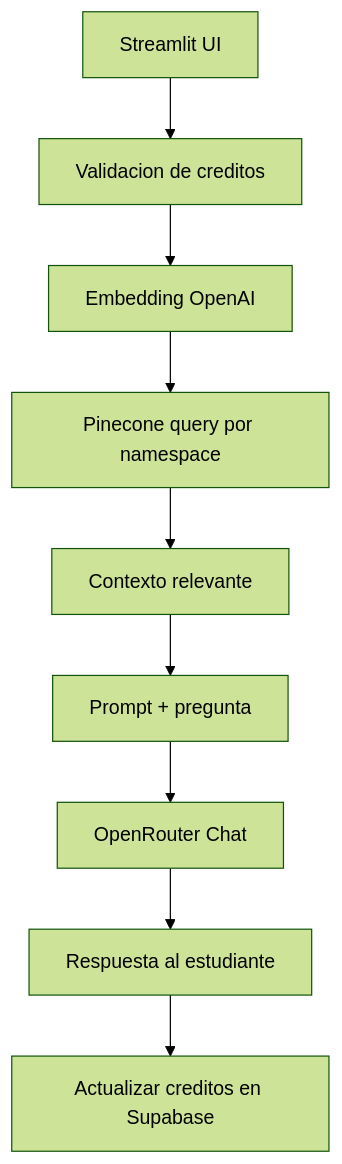
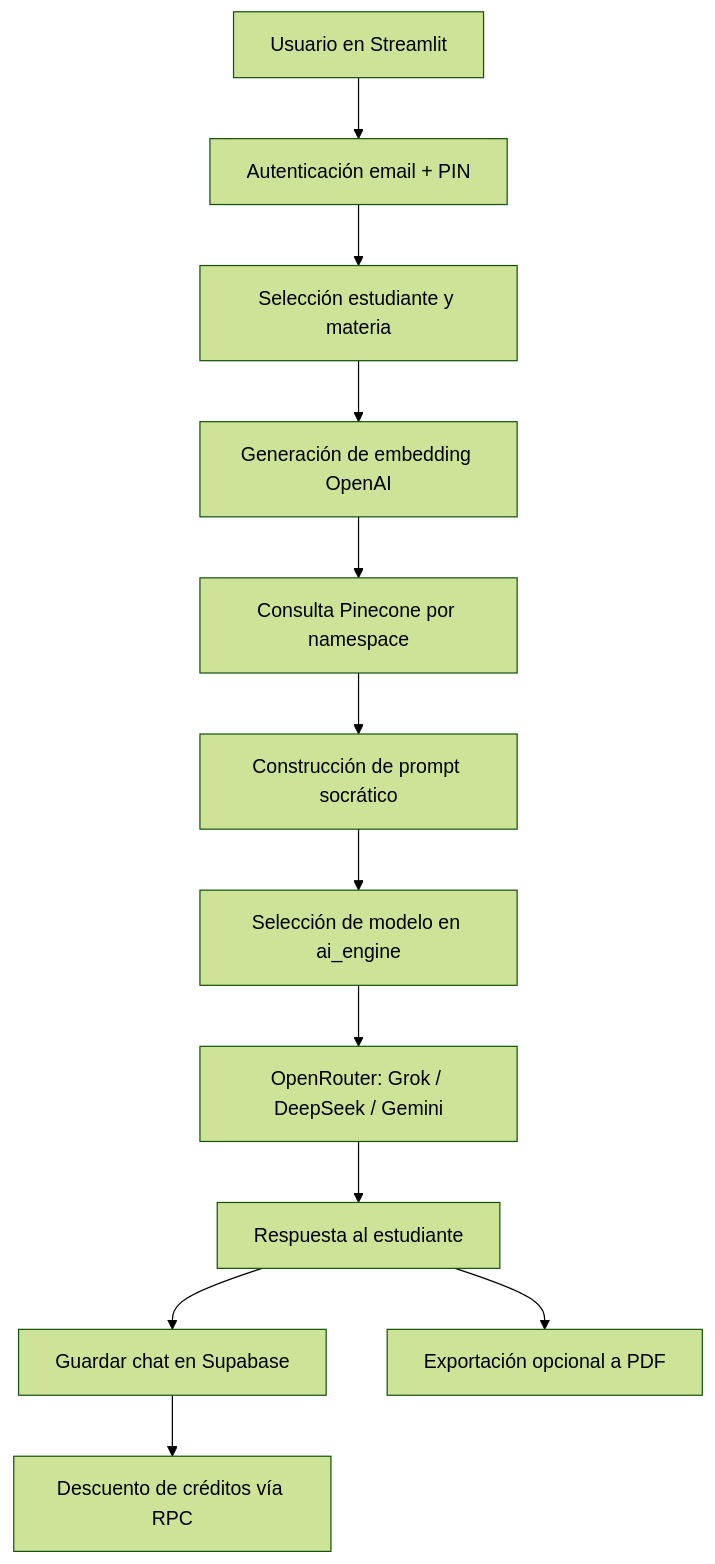
One commit to Idromerom714/Tutor-Icfes-AI changed the diagram in docs/wiki/Arquitectura-y-flujo.md. Above: the diagram before and after it, drawn with Mermaid (forest theme). The commit also changed other lines of this file and 17 other files, not shown here.

Commit message:
Update wiki docs and fix wiki publish flow

````diff
--- a/docs/wiki/Arquitectura-y-flujo.md
+++ b/docs/wiki/Arquitectura-y-flujo.md
@@ -4,11 +5,14 @@
 ```mermaid
 flowchart TD
-	A[Streamlit UI] --> B[Validacion de creditos]
-	B --> C[Embedding OpenAI]
-	C --> D[Pinecone query por namespace]
-	D --> E[Contexto relevante]
-	E --> F[Prompt + pregunta]
-	F --> G[OpenRouter Chat]
-	G --> H[Respuesta al estudiante]
-	H --> I[Actualizar creditos en Supabase]
+	A[Usuario en Streamlit] --> B[Autenticación email + PIN]
+	B --> C[Selección estudiante y materia]
+	C --> D[Generación de embedding OpenAI]
+	D --> E[Consulta Pinecone por namespace]
+	E --> F[Construcción de prompt socrático]
+	F --> G[Selección de modelo en ai_engine]
+	G --> H[OpenRouter: Grok / DeepSeek / Gemini]
+	H --> I[Respuesta al estudiante]
+	I --> J[Guardar chat en Supabase]
+	J --> K[Descuento de créditos vía RPC]
+	I --> L[Exportación opcional a PDF]
 ```
````
